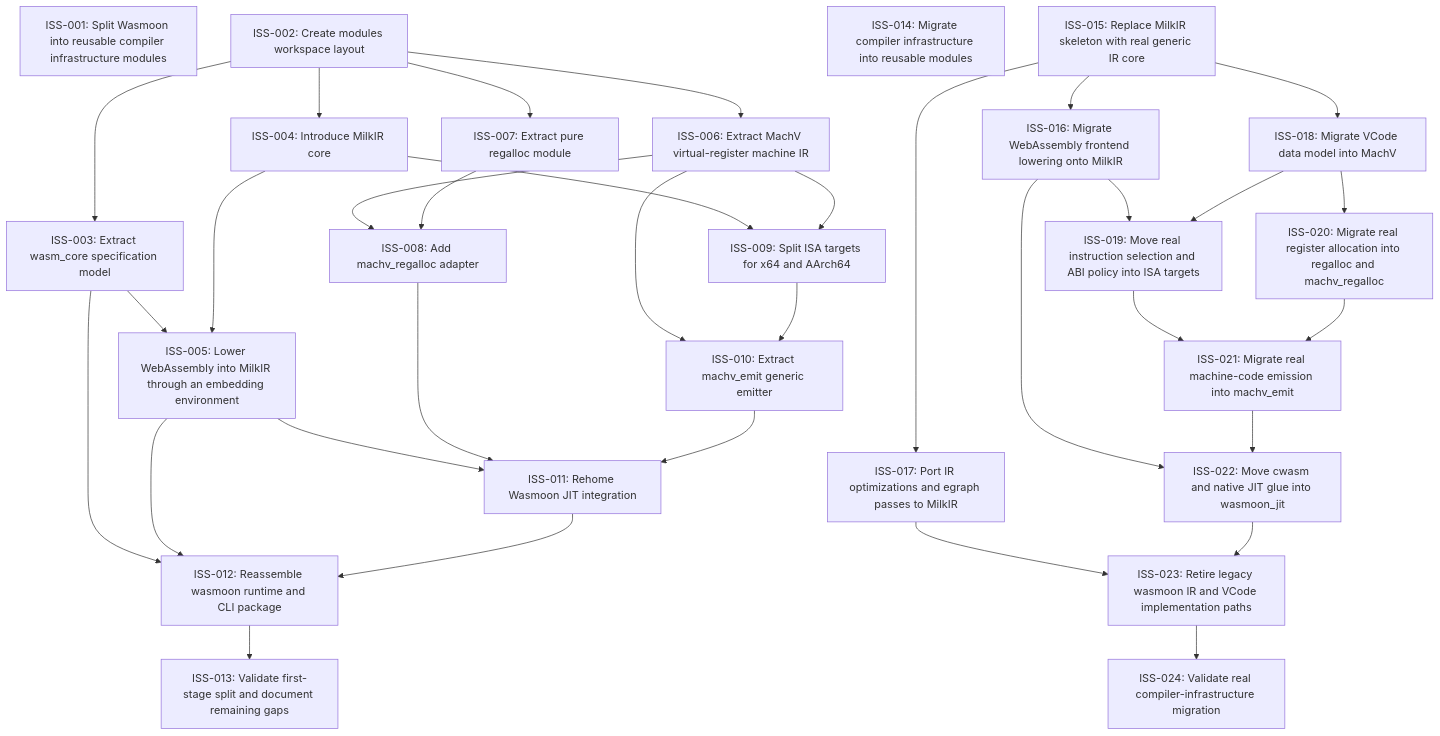
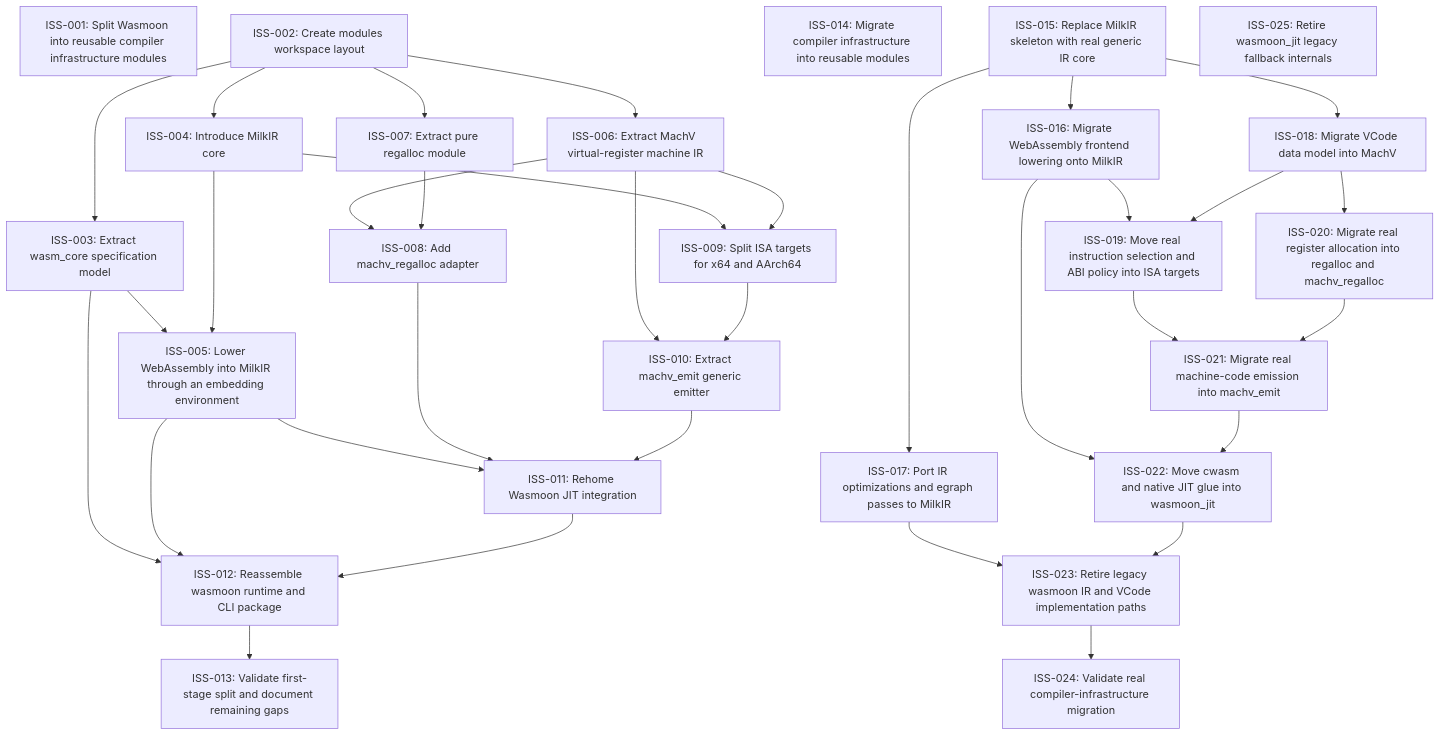
One commit to Milky2018/wasmoon changed the diagram in issues/README.md. Above: the diagram before and after it, drawn with Mermaid. The commit also changed other lines of this file and 198 other files, not shown here.

Commit message:
Move legacy compiler fallback into wasmoon_jit

````diff
--- a/issues/README.md
+++ b/issues/README.md
@@ -22,59 +17,60 @@
 ```mermaid
 graph TD
   ISS_001["ISS-001: Split Wasmoon into reusable compiler infrastructure modules"]
   ISS_002["ISS-002: Create modules workspace layout"]
   ISS_003["ISS-003: Extract wasm_core specification model"]
   ISS_004["ISS-004: Introduce MilkIR core"]
   ISS_005["ISS-005: Lower WebAssembly into MilkIR through an embedding environment"]
   ISS_006["ISS-006: Extract MachV virtual-register machine IR"]
   ISS_007["ISS-007: Extract pure regalloc module"]
   ISS_008["ISS-008: Add machv_regalloc adapter"]
   ISS_009["ISS-009: Split ISA targets for x64 and AArch64"]
   ISS_010["ISS-010: Extract machv_emit generic emitter"]
   ISS_011["ISS-011: Rehome Wasmoon JIT integration"]
   ISS_012["ISS-012: Reassemble wasmoon runtime and CLI package"]
   ISS_013["ISS-013: Validate first-stage split and document remaining gaps"]
   ISS_014["ISS-014: Migrate compiler infrastructure into reusable modules"]
   ISS_015["ISS-015: Replace MilkIR skeleton with real generic IR core"]
   ISS_016["ISS-016: Migrate WebAssembly frontend lowering onto MilkIR"]
   ISS_017["ISS-017: Port IR optimizations and egraph passes to MilkIR"]
   ISS_018["ISS-018: Migrate VCode data model into MachV"]
   ISS_019["ISS-019: Move real instruction selection and ABI policy into ISA targets"]
   ISS_020["ISS-020: Migrate real register allocation into regalloc and machv_regalloc"]
   ISS_021["ISS-021: Migrate real machine-code emission into machv_emit"]
   ISS_022["ISS-022: Move cwasm and native JIT glue into wasmoon_jit"]
   ISS_023["ISS-023: Retire legacy wasmoon IR and VCode implementation paths"]
   ISS_024["ISS-024: Validate real compiler-infrastructure migration"]
+  ISS_025["ISS-025: Retire wasmoon_jit legacy fallback internals"]
   ISS_002 --> ISS_003
   ISS_002 --> ISS_004
   ISS_003 --> ISS_005
   ISS_004 --> ISS_005
   ISS_002 --> ISS_006
   ISS_002 --> ISS_007
   ISS_006 --> ISS_008
   ISS_007 --> ISS_008
   ISS_004 --> ISS_009
   ISS_006 --> ISS_009
   ISS_006 --> ISS_010
   ISS_009 --> ISS_010
   ISS_005 --> ISS_011
   ISS_008 --> ISS_011
   ISS_010 --> ISS_011
   ISS_003 --> ISS_012
   ISS_005 --> ISS_012
   ISS_011 --> ISS_012
   ISS_012 --> ISS_013
   ISS_015 --> ISS_016
   ISS_015 --> ISS_017
   ISS_015 --> ISS_018
   ISS_016 --> ISS_019
   ISS_018 --> ISS_019
   ISS_018 --> ISS_020
   ISS_019 --> ISS_021
   ISS_020 --> ISS_021
   ISS_016 --> ISS_022
   ISS_021 --> ISS_022
   ISS_017 --> ISS_023
   ISS_022 --> ISS_023
   ISS_023 --> ISS_024
 ```
````
